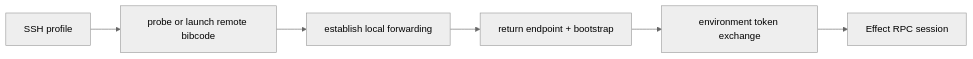
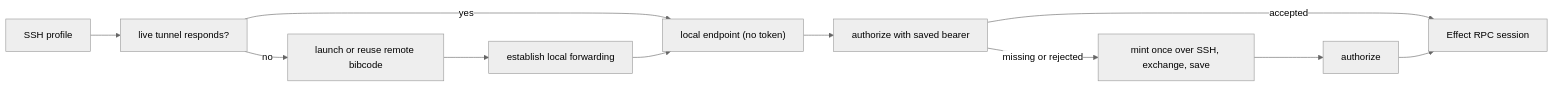
Before and after one commit to mubeda/BibCode: the diagram in docs/architecture/remote.md, drawn with Mermaid (neutral theme). The commit also changed other lines of this file and 53 other files, not shown here.

````diff
--- a/docs/architecture/remote.md
+++ b/docs/architecture/remote.md
@@ -835,8 +890,13 @@
 ```mermaid
 flowchart LR
-  Profile["SSH profile"] --> Probe["probe or launch remote bibcode"]
+  Profile["SSH profile"] --> Tunnel["live tunnel responds?"]
+  Tunnel -- no --> Probe["launch or reuse remote bibcode"]
   Probe --> Forward["establish local forwarding"]
-  Forward --> Bootstrap["return endpoint + bootstrap"]
-  Bootstrap --> Auth["environment token exchange"]
-  Auth --> RPC["Effect RPC session"]
+  Tunnel -- yes --> Endpoint["local endpoint (no token)"]
+  Forward --> Endpoint
+  Endpoint --> Saved["authorize with saved bearer"]
+  Saved -- missing or rejected --> Mint["mint once over SSH, exchange, save"]
+  Mint --> Auth["authorize"]
+  Saved -- accepted --> RPC["Effect RPC session"]
+  Auth --> RPC
 ```
````
